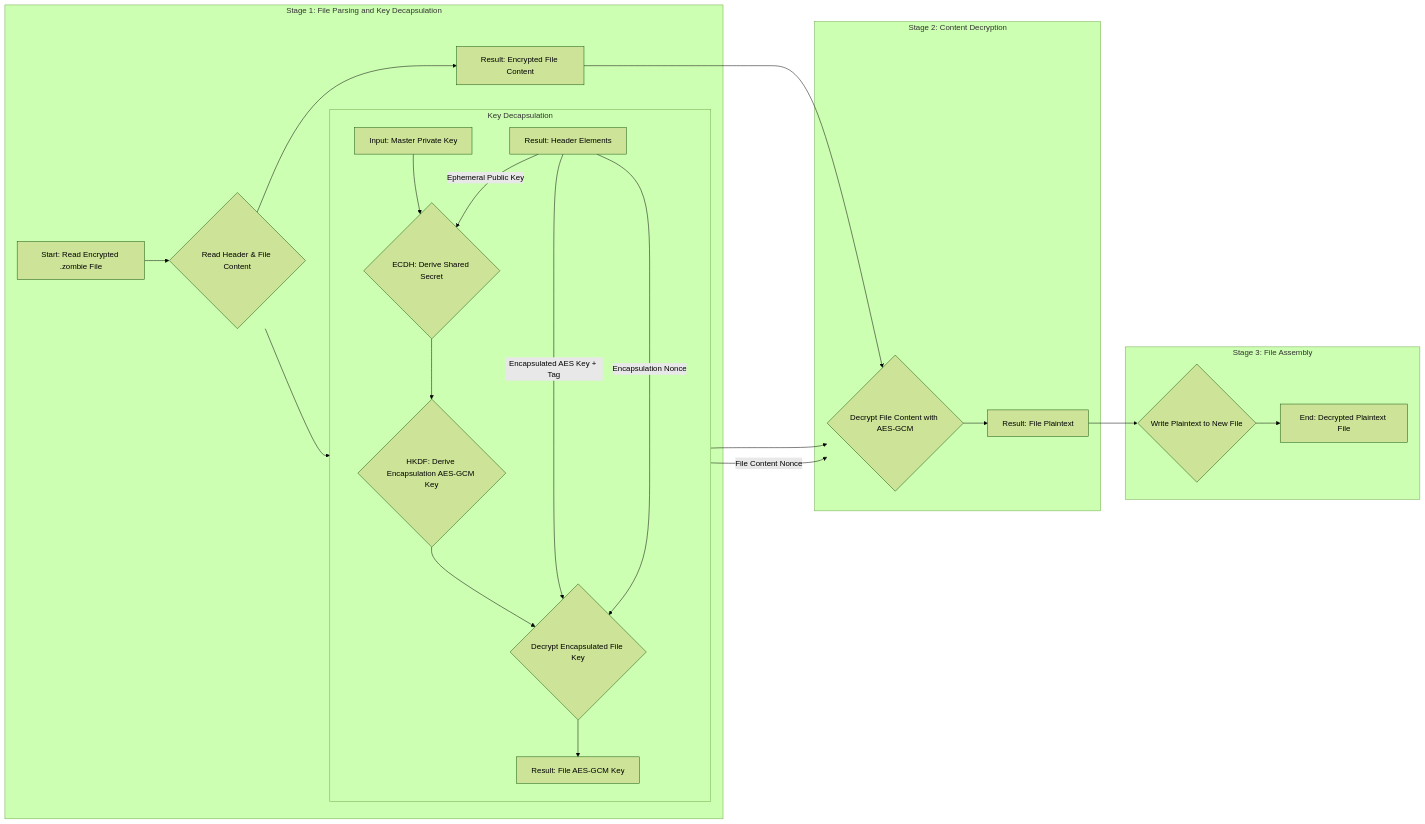
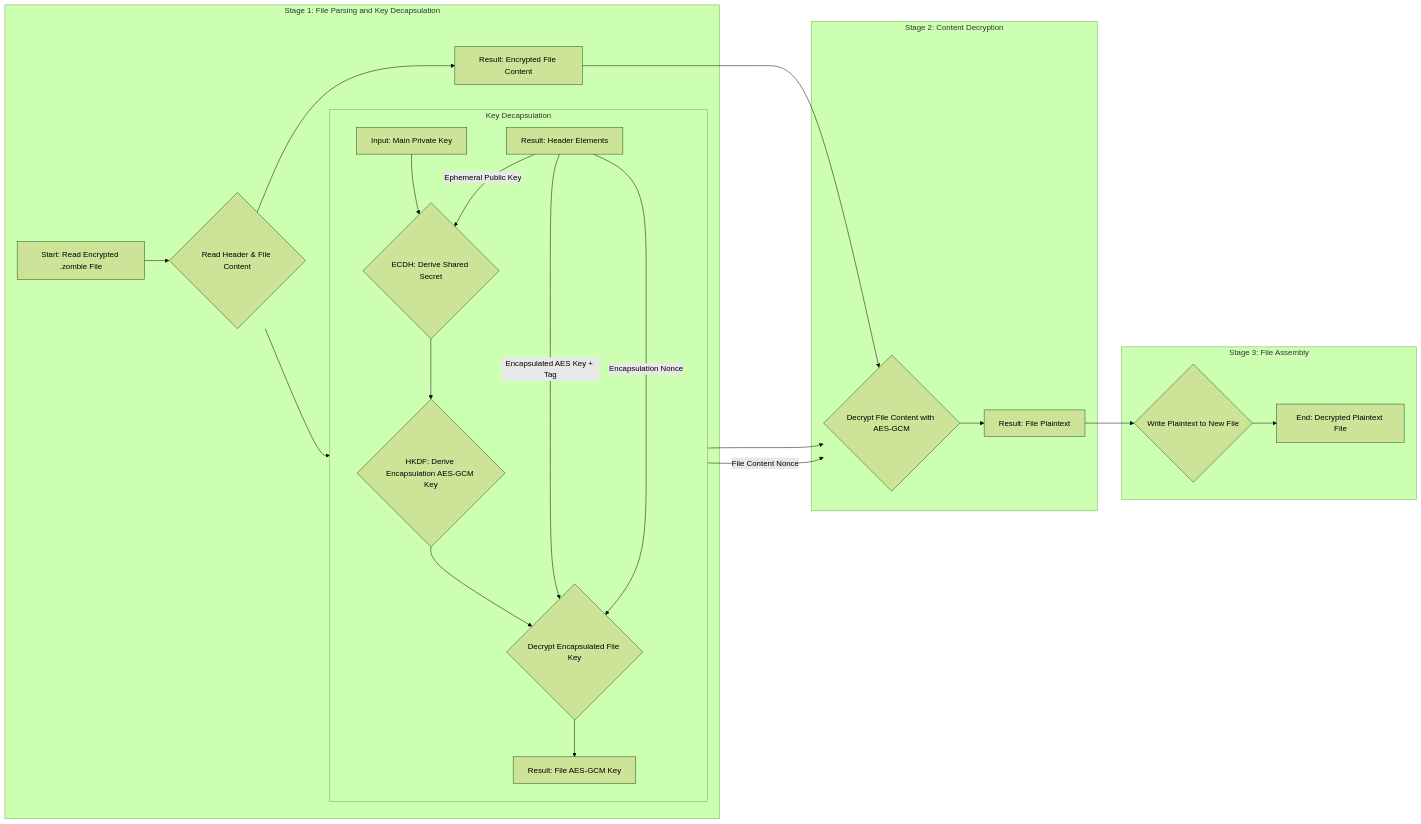
Before and after one commit to lopes/cordyceps: the second of 2 diagrams in docs/cryptography.md, drawn with Mermaid (forest theme). The commit also changed other lines of this file and 6 other files, not shown here.

Commit message:
taxonomy changed: master -> main

````diff
--- a/docs/cryptography.md
+++ b/docs/cryptography.md
@@ -58,30 +58,30 @@
 ```mermaid
 graph LR
     subgraph Stage 1: File Parsing and Key Decapsulation
         A[Start: Read Encrypted .zombie File] --> B{Read Header & File Content}
         B --> C[Result: Header Elements] & D[Result: Encrypted File Content]
 
         subgraph Key Decapsulation
             direction TB
-            E[Input: Master Private Key] --> F{ECDH: Derive Shared Secret}
+            E[Input: Main Private Key] --> F{ECDH: Derive Shared Secret}
             C -- Ephemeral Public Key --> F
             F --> G{HKDF: Derive Encapsulation AES-GCM Key}
             G --> H{Decrypt Encapsulated File Key}
             C -- Encapsulated AES Key + Tag --> H
             C -- Encapsulation Nonce --> H
             H --> I[Result: File AES-GCM Key]
         end
     end
 
     subgraph Stage 2: Content Decryption
         I --> J{Decrypt File Content with AES-GCM}
         C -- File Content Nonce --> J
         D --> J
         J --> K[Result: File Plaintext]
     end
 
     subgraph Stage 3: File Assembly
         K --> L{Write Plaintext to New File}
         L --> M[End: Decrypted Plaintext File]
     end
 ```
````
